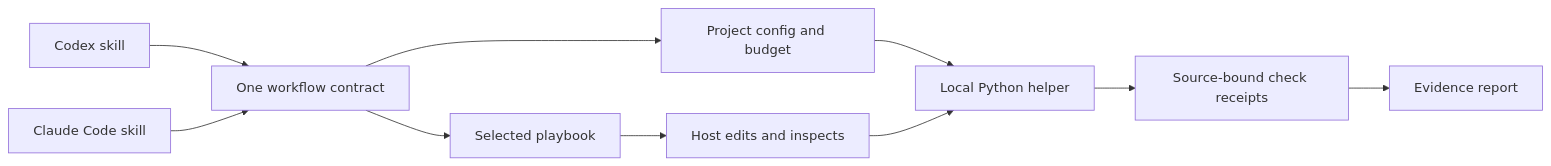
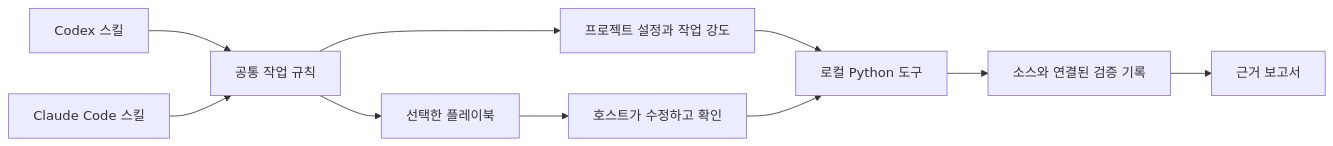
The diagram in README.md (promptprobe/jstack), drawn with Mermaid before and after one commit. The commit also changed other lines of this file and 10 other files, not shown here.

Commit message:
docs: add Korean README and live Codex validation evidence

````diff
--- a/README.md
+++ b/README.md
@@ -201,12 +192,12 @@
 ```mermaid
 flowchart LR
-  A[Codex skill] --> C[One workflow contract]
-  B[Claude Code skill] --> C
-  C --> D[Selected playbook]
-  C --> E[Project config and budget]
-  D --> F[Host edits and inspects]
-  E --> G[Local Python helper]
+  A[Codex 스킬] --> C[공통 작업 규칙]
+  B[Claude Code 스킬] --> C
+  C --> D[선택한 플레이북]
+  C --> E[프로젝트 설정과 작업 강도]
+  D --> F[호스트가 수정하고 확인]
+  E --> G[로컬 Python 도구]
   F --> G
-  G --> H[Source-bound check receipts]
-  H --> I[Evidence report]
+  G --> H[소스와 연결된 검증 기록]
+  H --> I[근거 보고서]
 ```
````
